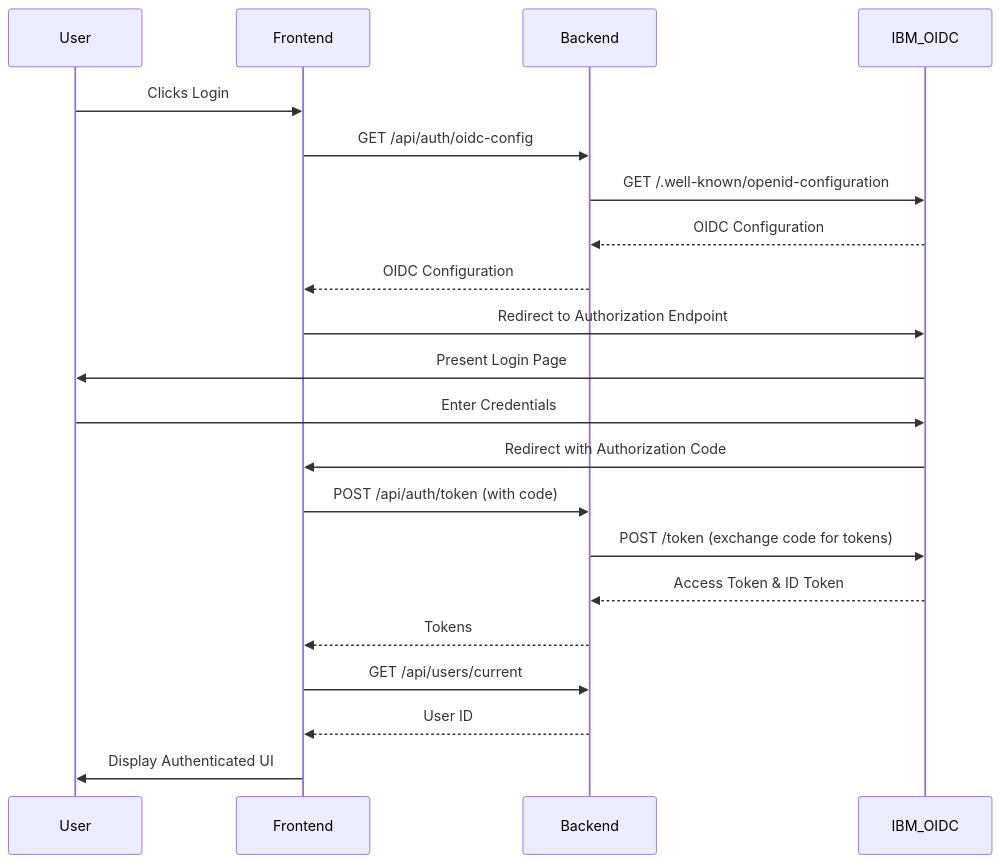
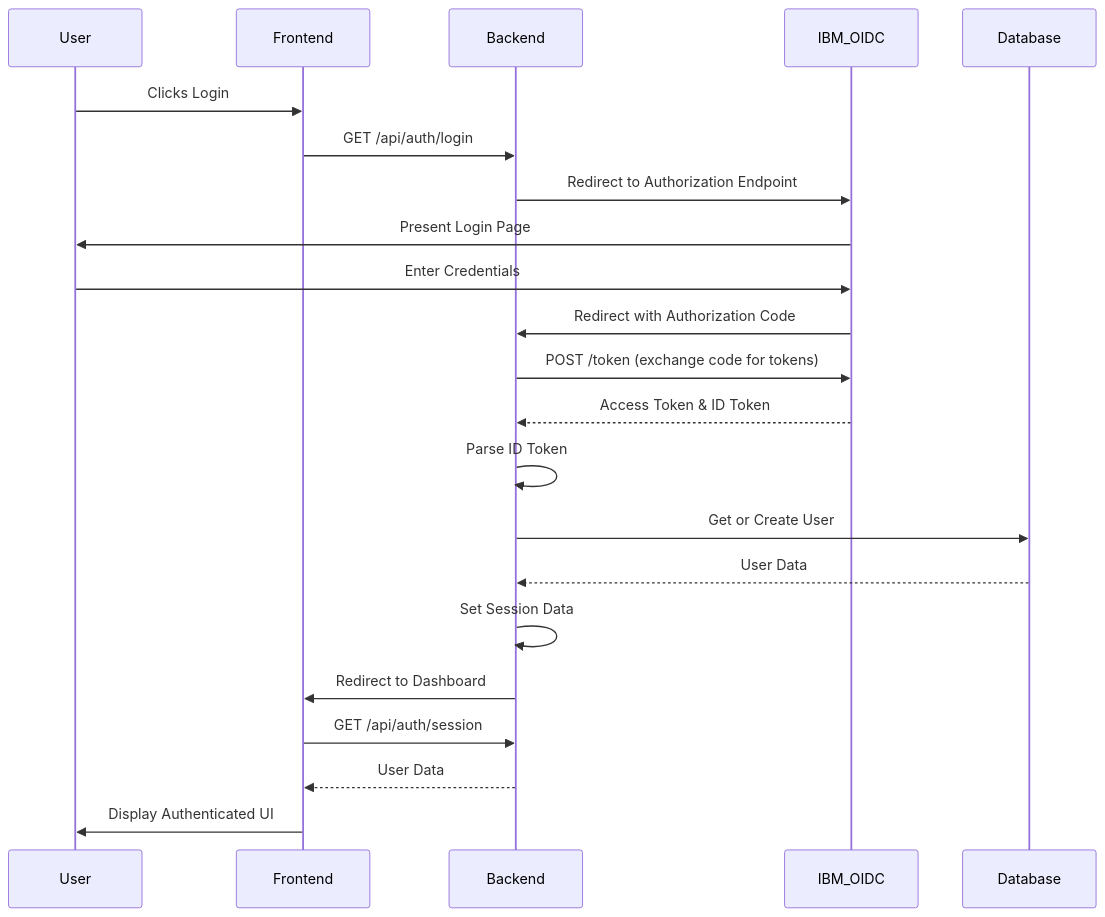
The second of 2 diagrams in README.md (manavgup/rag_modulo), drawn with Mermaid before and after one commit. The commit also changed 18 other files, not shown here.

````diff
--- a/README.md
+++ b/README.md
@@ -134,24 +134,24 @@
 ```mermaid
 sequenceDiagram
     participant User
     participant Frontend
     participant Backend
     participant IBM_OIDC
-
+    participant Database
     User->>Frontend: Clicks Login
-    Frontend->>Backend: GET /api/auth/oidc-config
-    Backend->>IBM_OIDC: GET /.well-known/openid-configuration
-    IBM_OIDC-->>Backend: OIDC Configuration
-    Backend-->>Frontend: OIDC Configuration
-    Frontend->>IBM_OIDC: Redirect to Authorization Endpoint
+    Frontend->>Backend: GET /api/auth/login
+    Backend->>IBM_OIDC: Redirect to Authorization Endpoint
     IBM_OIDC->>User: Present Login Page
     User->>IBM_OIDC: Enter Credentials
-    IBM_OIDC->>Frontend: Redirect with Authorization Code
-    Frontend->>Backend: POST /api/auth/token (with code)
+    IBM_OIDC->>Backend: Redirect with Authorization Code
     Backend->>IBM_OIDC: POST /token (exchange code for tokens)
     IBM_OIDC-->>Backend: Access Token & ID Token
-    Backend-->>Frontend: Tokens
-    Frontend->>Backend: GET /api/users/current
-    Backend-->>Frontend: User ID
+    Backend->>Backend: Parse ID Token
+    Backend->>Database: Get or Create User
+    Database-->>Backend: User Data
+    Backend->>Backend: Set Session Data
+    Backend->>Frontend: Redirect to Dashboard
+    Frontend->>Backend: GET /api/auth/session
+    Backend-->>Frontend: User Data
     Frontend->>User: Display Authenticated UI
 ```
````
